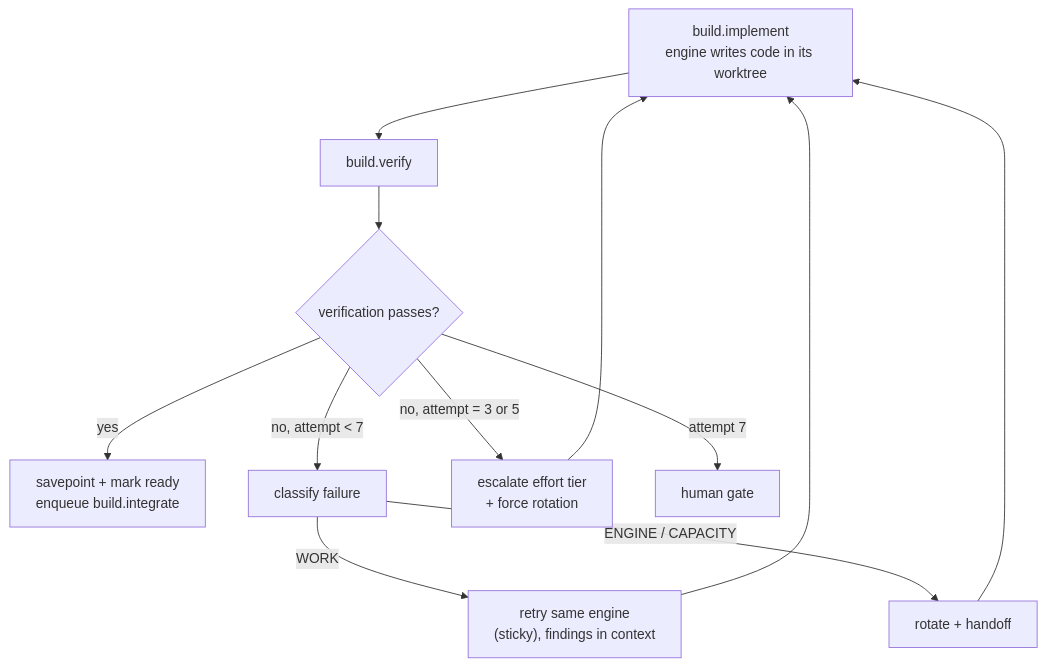
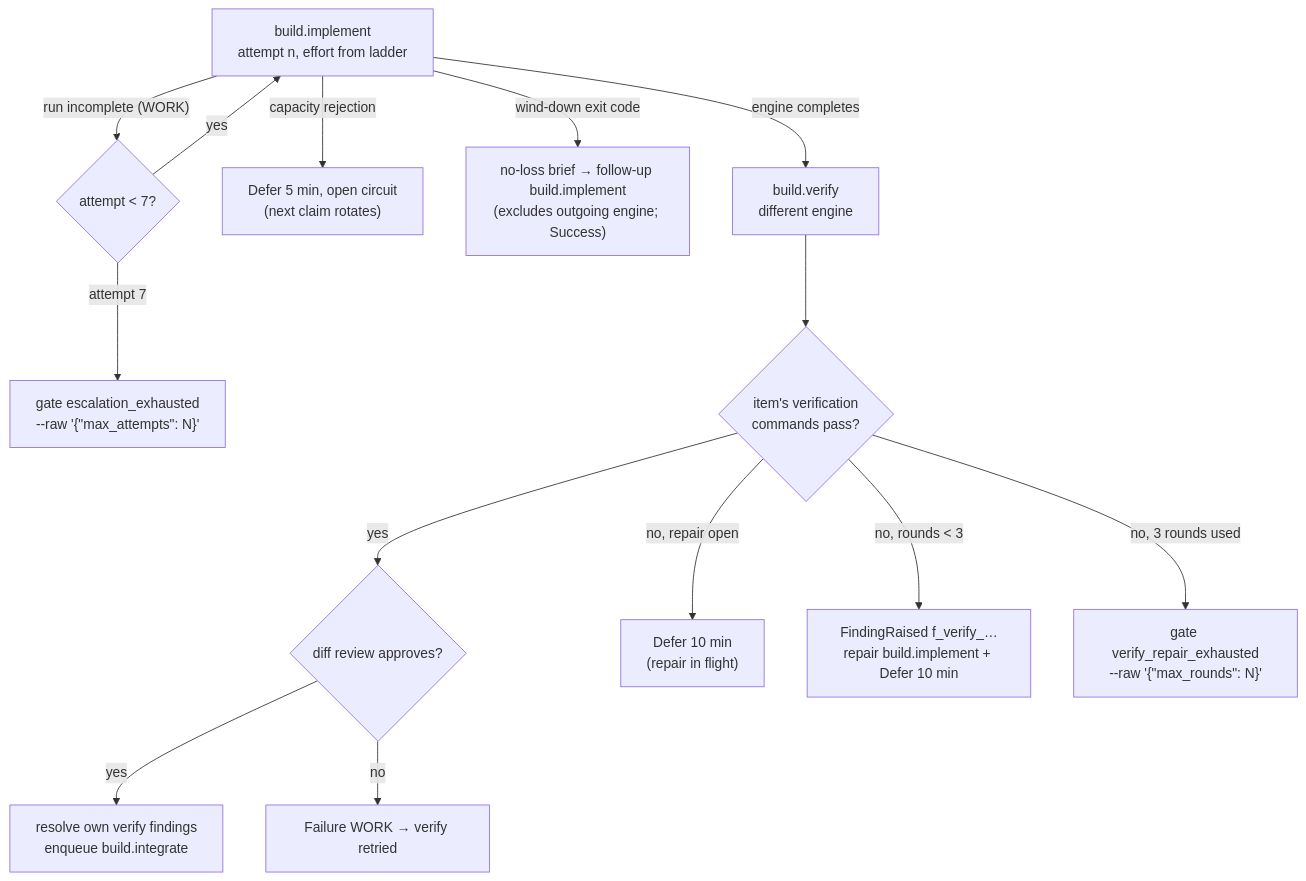
One commit to adammatthewsteinberger/vibey changed the second of 2 diagrams in docs/plans/phase-protocols.md. Above: the diagram before and after it, drawn with Mermaid. The commit also changed other lines of this file and 8 other files, not shown here.

````diff
--- a/docs/plans/phase-protocols.md
+++ b/docs/plans/phase-protocols.md
@@ -345,14 +448,16 @@
 ```mermaid
 flowchart TD
-    A["build.implement<br/>engine writes code in its worktree"] --> B["build.verify"]
-    B --> C{"verification passes?"}
-    C -->|yes| D["savepoint + mark ready<br/>enqueue build.integrate"]
-    C -->|no, attempt < 7| E["classify failure"]
-    E -->|WORK| F["retry same engine<br/>(sticky), findings in context"]
-    E -->|ENGINE / CAPACITY| G["rotate + handoff"]
-    F --> A
-    G --> A
-    C -->|no, attempt = 3 or 5| H["escalate effort tier<br/>+ force rotation"]
-    H --> A
-    C -->|attempt 7| I["human gate"]
+    A["build.implement<br/>attempt n, effort from ladder"] -->|"engine completes"| B["build.verify<br/>different engine"]
+    A -->|"capacity rejection"| C["Defer 5 min, open circuit<br/>(next claim rotates)"]
+    A -->|"wind-down exit code"| W["no-loss brief → follow-up build.implement<br/>(excludes outgoing engine; Success)"]
+    A -->|"run incomplete (WORK)"| R{"attempt < 7?"}
+    R -->|yes| A
+    R -->|"attempt 7"| G1["gate escalation_exhausted<br/>--raw '{&quot;max_attempts&quot;: N}'"]
+    B --> V{"item's verification<br/>commands pass?"}
+    V -->|yes| X{"diff review approves?"}
+    X -->|yes| I["resolve own verify findings<br/>enqueue build.integrate"]
+    X -->|no| F["Failure WORK → verify retried"]
+    V -->|"no, repair open"| D["Defer 10 min<br/>(repair in flight)"]
+    V -->|"no, rounds < 3"| P["FindingRaised f_verify_…<br/>repair build.implement + Defer 10 min"]
+    V -->|"no, 3 rounds used"| G2["gate verify_repair_exhausted<br/>--raw '{&quot;max_rounds&quot;: N}'"]
 ```
````
